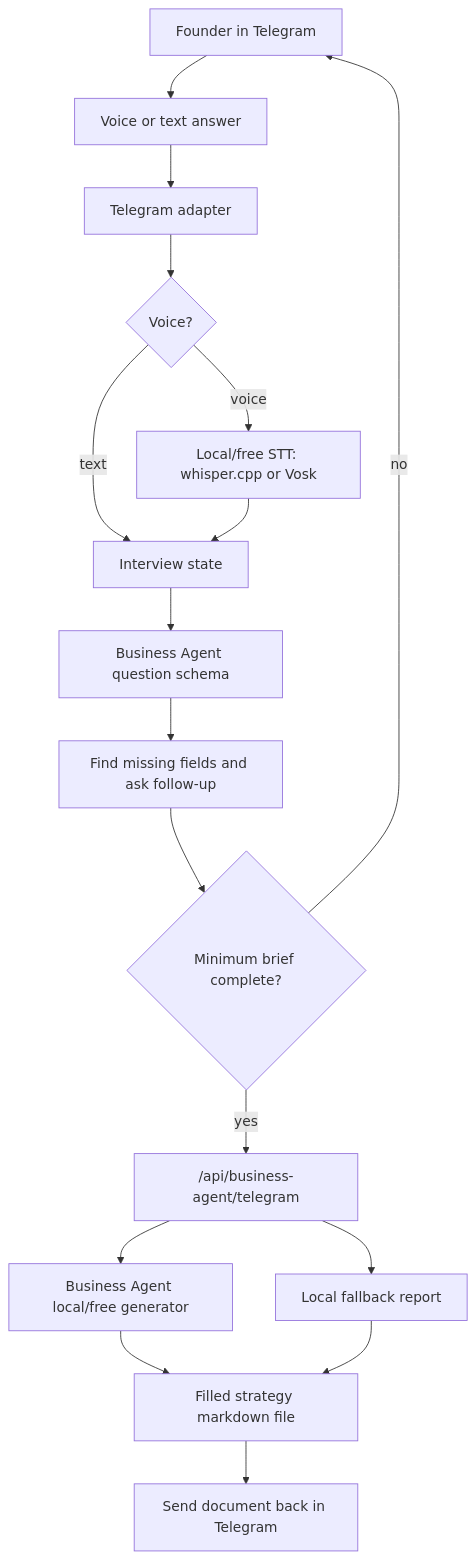
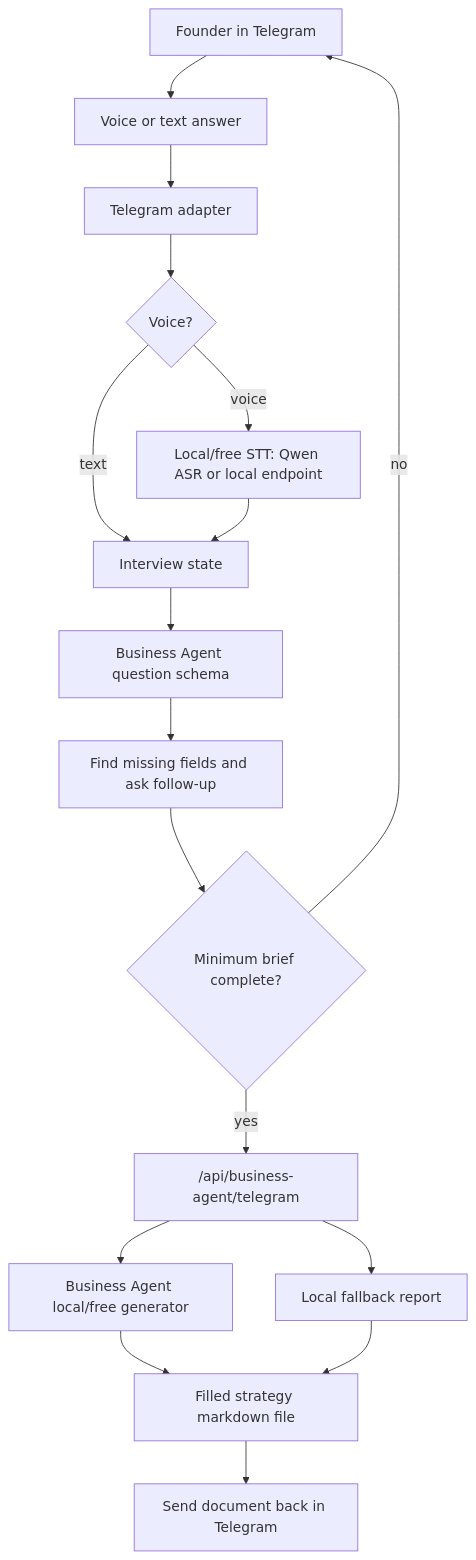
Before and after one commit to egoriklok/OmniRoute: the diagram in docs/TELEGRAM_BUSINESS_VOICE_BOT.md, drawn with Mermaid. The commit also changed other lines of this file and 5 other files, not shown here.

````diff
--- a/docs/TELEGRAM_BUSINESS_VOICE_BOT.md
+++ b/docs/TELEGRAM_BUSINESS_VOICE_BOT.md
@@ -60,19 +60,19 @@
 ```mermaid
 flowchart TD
   User["Founder in Telegram"] --> Voice["Voice or text answer"]
   Voice --> Adapter["Telegram adapter"]
   Adapter --> STT{"Voice?"}
   STT -->|text| State["Interview state"]
-  STT -->|voice| LocalSTT["Local/free STT: whisper.cpp or Vosk"]
+  STT -->|voice| LocalSTT["Local/free STT: Qwen ASR or local endpoint"]
   LocalSTT --> State
   State --> Questions["Business Agent question schema"]
   Questions --> Missing["Find missing fields and ask follow-up"]
   Missing --> Complete{"Minimum brief complete?"}
   Complete -->|no| User
   Complete -->|yes| API["/api/business-agent/telegram"]
   API --> FreeModel["Business Agent local/free generator"]
   API --> Fallback["Local fallback report"]
   FreeModel --> File["Filled strategy markdown file"]
   Fallback --> File
   File --> TelegramFile["Send document back in Telegram"]
 ```
````
